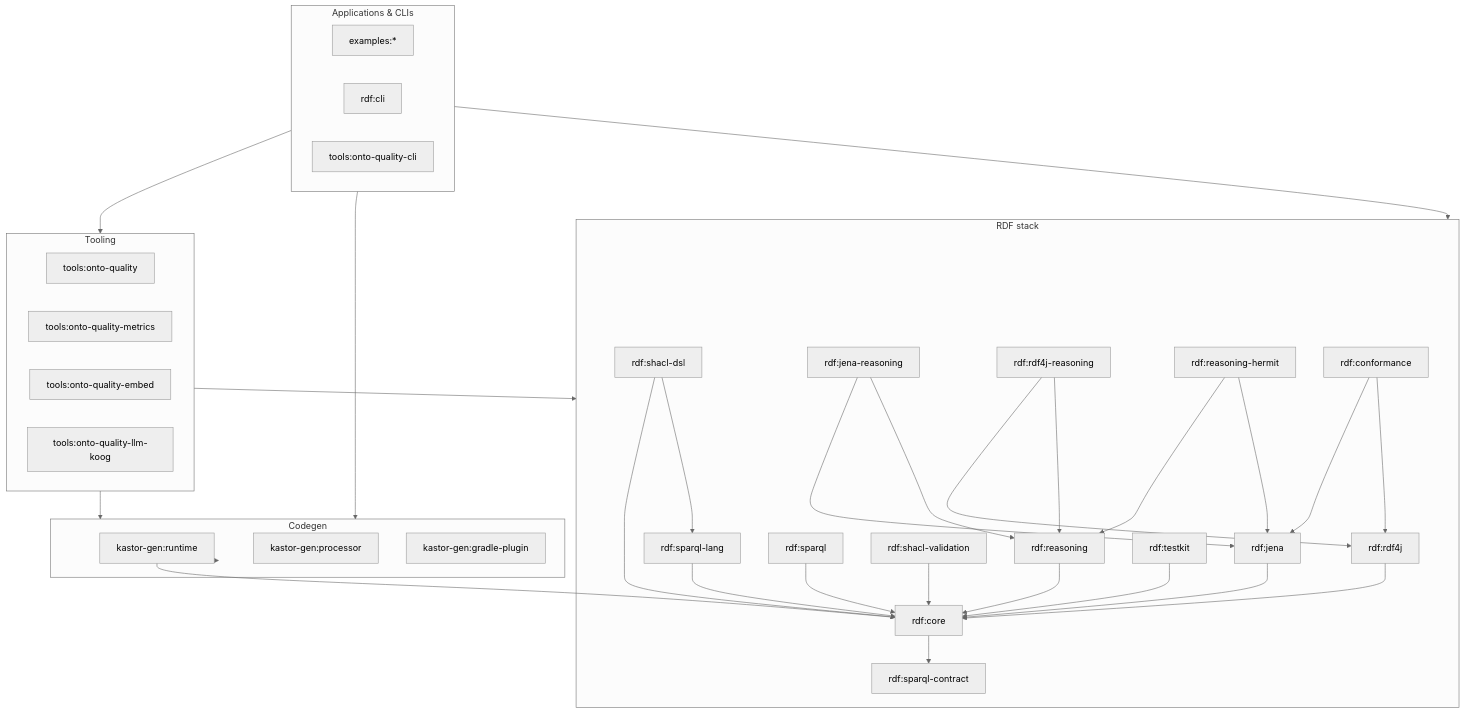
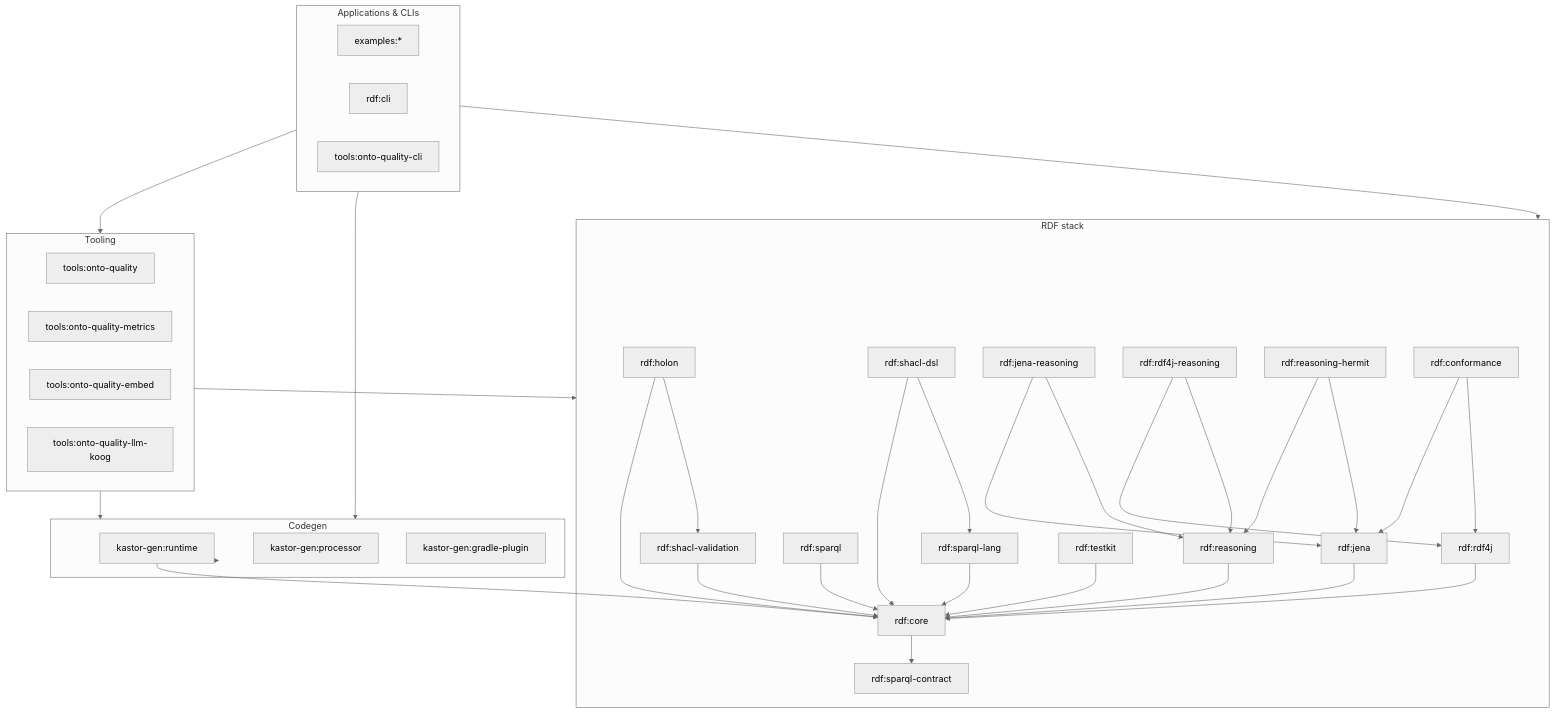
Before and after one commit to geoknoesis/kastor: the diagram in docs/kastor/concepts/architecture.md, drawn with Mermaid (neutral theme). The commit also changed other lines of this file and 31 other files, not shown here.

First line of the commit message:
Add RDF-H processing and Holon DSL support

````diff
--- a/docs/kastor/concepts/architecture.md
+++ b/docs/kastor/concepts/architecture.md
@@ -29,60 +29,63 @@
 ```mermaid
 flowchart TB
   subgraph apps ["Applications & CLIs"]
     ex[examples:*]
     cli[rdf:cli]
     oqa[tools:onto-quality-cli]
   end
   subgraph tools ["Tooling"]
     oq[tools:onto-quality]
     oqm[tools:onto-quality-metrics]
     oqe[tools:onto-quality-embed]
     oql[tools:onto-quality-llm-koog]
   end
   subgraph gen ["Codegen"]
     kgr[kastor-gen:runtime]
     kgp[kastor-gen:processor]
     kgg[kastor-gen:gradle-plugin]
   end
   subgraph rdfstack ["RDF stack"]
     sp_c[rdf:sparql-contract]
     core[rdf:core]
+    holon[rdf:holon]
     sp_l[rdf:sparql-lang]
     sh_dsl[rdf:shacl-dsl]
     jena[rdf:jena]
     jenar[rdf:jena-reasoning]
     rdf4j[rdf:rdf4j]
     r4jr[rdf:rdf4j-reasoning]
     sparql[rdf:sparql]
     shacl[rdf:shacl-validation]
     reason[rdf:reasoning]
     hermit[rdf:reasoning-hermit]
     testkit[rdf:testkit]
     conf[rdf:conformance]
   end
   apps --> tools
   apps --> gen
   apps --> rdfstack
   tools --> rdfstack
   tools --> gen
   gen --> kgr
   kgr --> core
   core --> sp_c
+  holon --> core
+  holon --> shacl
   sp_l --> core
   sh_dsl --> core
   sh_dsl --> sp_l
   jena --> core
   jenar --> jena
   jenar --> reason
   rdf4j --> core
   r4jr --> rdf4j
   r4jr --> reason
   sparql --> core
   shacl --> core
   reason --> core
   hermit --> reason
   hermit --> jena
   conf --> jena
   conf --> rdf4j
   testkit --> core
 ```
````
